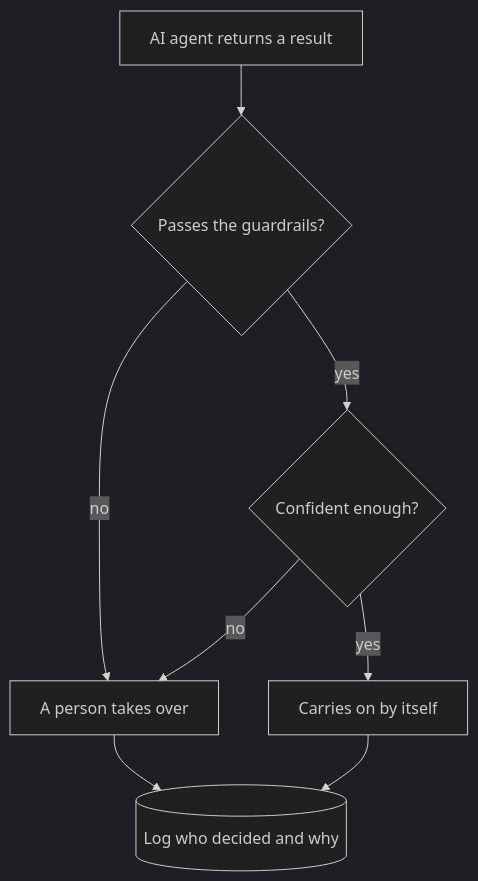
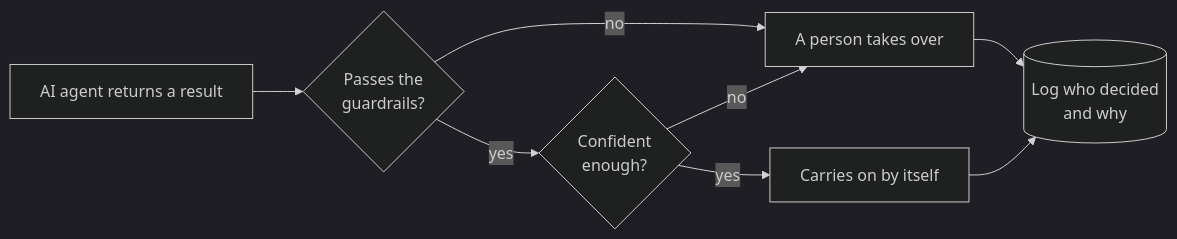
The first of 2 diagrams in README.md (LordMaduz/LordMaduz), drawn with Mermaid (dark theme) before and after one commit. The commit also changed other lines of this file, not shown here.

Commit message:
Lay out profile diagrams left to right to cut their height

````diff
--- a/README.md
+++ b/README.md
@@ -7,10 +7,10 @@
 ```mermaid
-flowchart TD
-  A["AI agent returns a result"] --> B{"Passes the guardrails?"}
+flowchart LR
+  A["AI agent returns a result"] --> B{"Passes the<br>guardrails?"}
   B -- no --> P["A person takes over"]
-  B -- yes --> C{"Confident enough?"}
+  B -- yes --> C{"Confident<br>enough?"}
   C -- no --> P
   C -- yes --> D["Carries on by itself"]
-  P --> L[("Log who decided and why")]
+  P --> L[("Log who decided<br>and why")]
   D --> L
 ```
````
